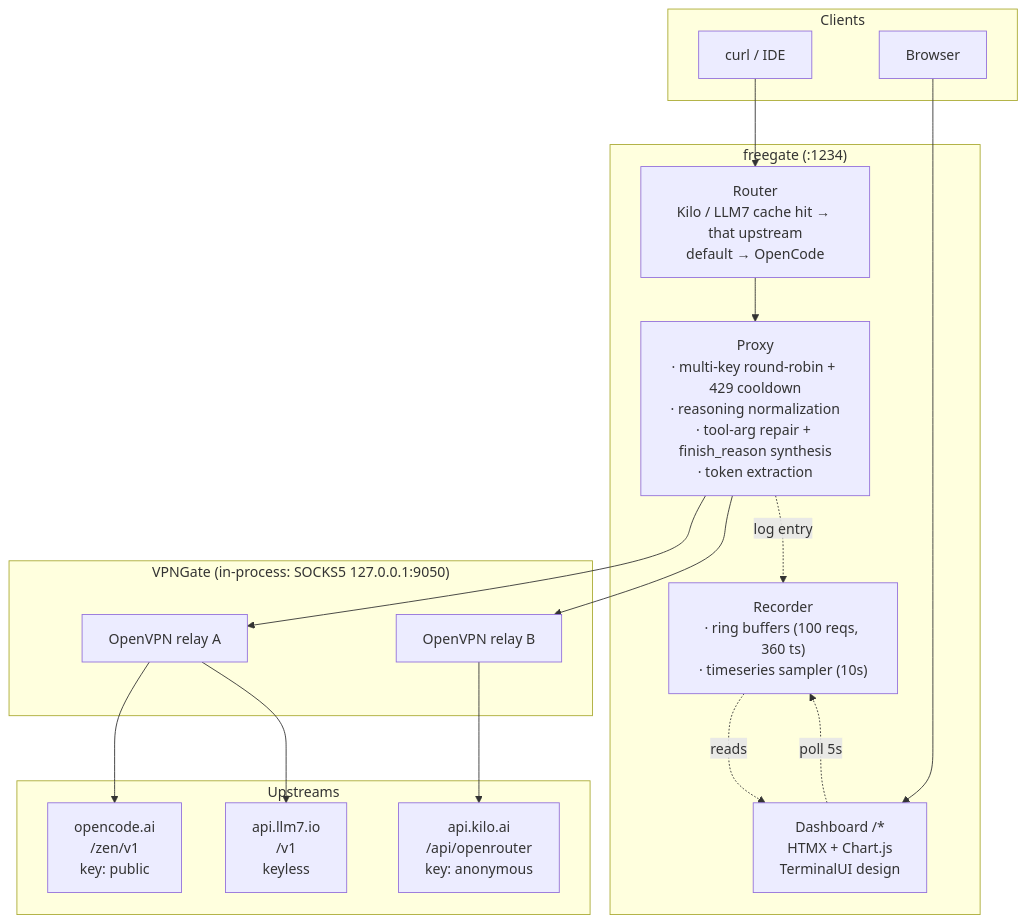
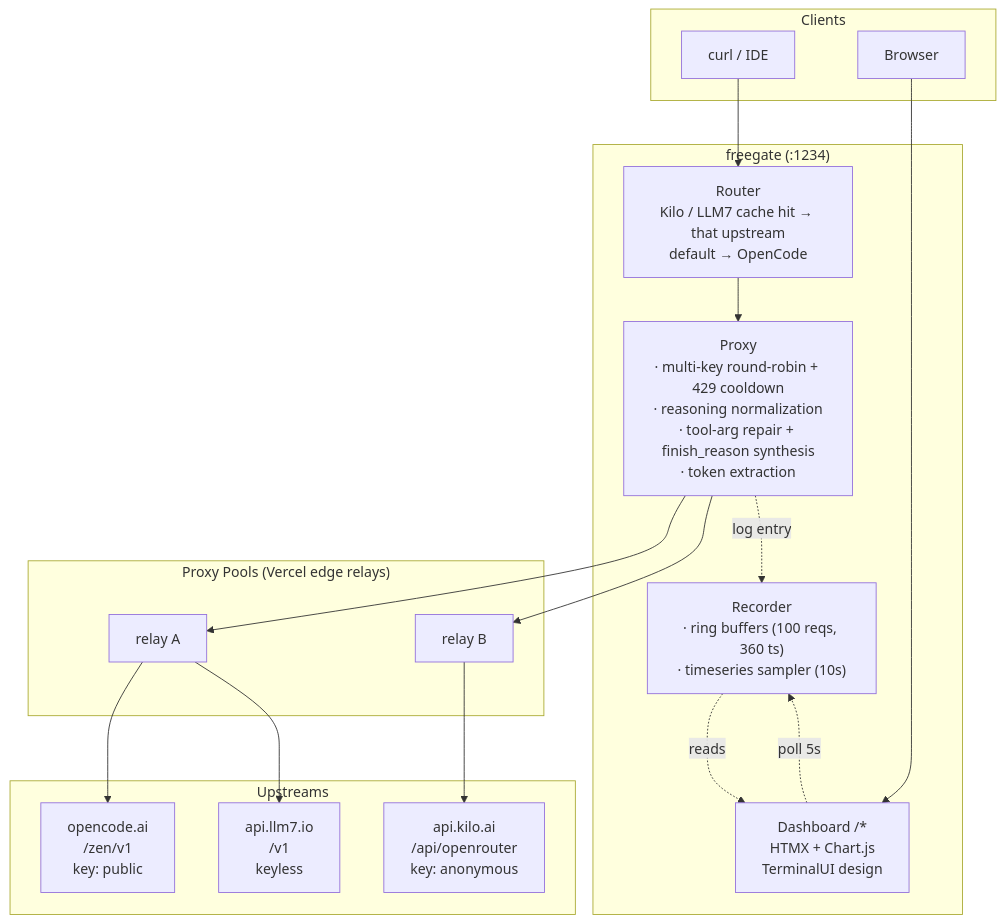
Before and after one commit to nofendian17/freegate: the diagram in README.md, drawn with Mermaid. The commit also changed other lines of this file and 5 other files, not shown here.

Commit message:
Rewrite docs for proxy pools, drop VPN references

````diff
--- a/README.md
+++ b/README.md
@@ -257,37 +233,37 @@
 ```mermaid
 flowchart TB
     subgraph Clients["Clients"]
         CLI["curl / IDE"]
         Browser["Browser"]
     end
 
     subgraph Freegate["freegate (:1234)"]
         Router["Router<br/>Kilo / LLM7 cache hit → that upstream<br/>default → OpenCode"]
         Proxy["Proxy<br/>· multi-key round-robin + 429 cooldown<br/>· reasoning normalization<br/>· tool-arg repair + finish_reason synthesis<br/>· token extraction"]
         Dashboard["Dashboard /*<br/>HTMX + Chart.js<br/>TerminalUI design"]
         Recorder["Recorder<br/>· ring buffers (100 reqs, 360 ts)<br/>· timeseries sampler (10s)"]
     end
 
-    subgraph VPN["VPNGate (in-process: SOCKS5 127.0.0.1:9050)"]
-        S1["OpenVPN relay A"]
-        S2["OpenVPN relay B"]
+    subgraph Pools["Proxy Pools (Vercel edge relays)"]
+        P1["relay A"]
+        P2["relay B"]
     end
 
     subgraph Upstreams["Upstreams"]
         OC["opencode.ai<br/>/zen/v1<br/>key: public"]
         Kilo["api.kilo.ai<br/>/api/openrouter<br/>key: anonymous"]
         LLM7["api.llm7.io<br/>/v1<br/>keyless"]
     end
 
     CLI --> Router
     Router --> Proxy
-    Proxy --> S1
-    Proxy --> S2
-    S1 --> OC
-    S2 --> Kilo
-    S1 --> LLM7
+    Proxy --> P1
+    Proxy --> P2
+    P1 --> OC
+    P2 --> Kilo
+    P1 --> LLM7
     Proxy -.->|"log entry"| Recorder
     Recorder -.->|"reads"| Dashboard
     Browser --> Dashboard
     Dashboard -.->|"poll 5s"| Recorder
 ```
````
